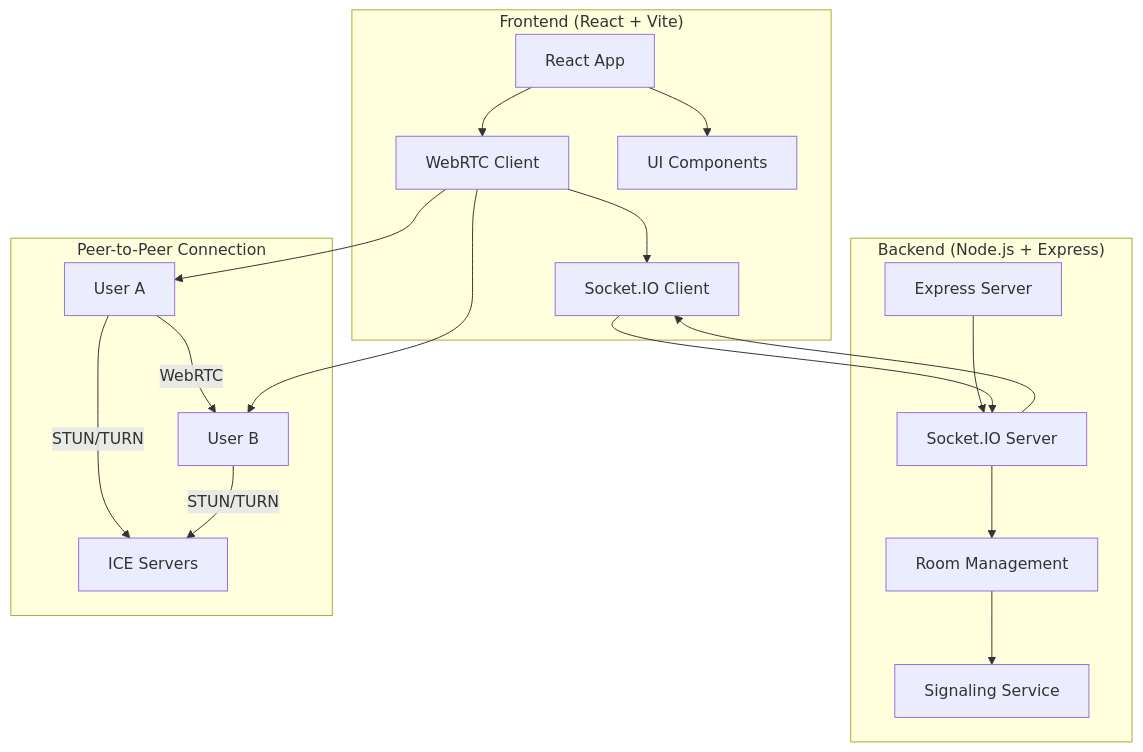
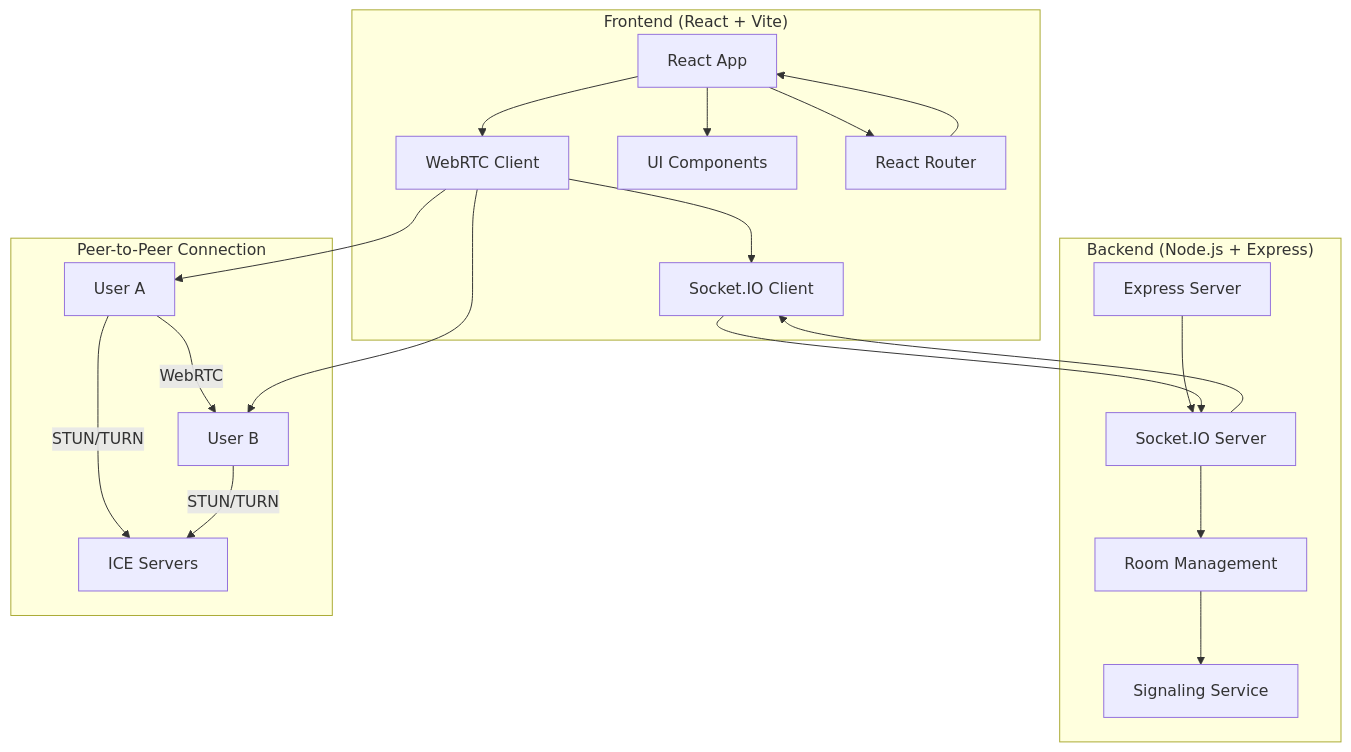
Before and after one commit to AbhigyanRaj/Vok.Chat: the first of 4 diagrams in README.md, drawn with Mermaid. The commit also changed other lines of this file and 10 other files, not shown here.

````diff
--- a/README.md
+++ b/README.md
@@ -50,25 +50,27 @@
 ```mermaid
 graph TB
     subgraph "Frontend (React + Vite)"
         A[React App] --> B[WebRTC Client]
         B --> C[Socket.IO Client]
         A --> D[UI Components]
+        A --> E[React Router]
     end
     
     subgraph "Backend (Node.js + Express)"
-        E[Express Server] --> F[Socket.IO Server]
-        F --> G[Room Management]
-        G --> H[Signaling Service]
+        F[Express Server] --> G[Socket.IO Server]
+        G --> H[Room Management]
+        H --> I[Signaling Service]
     end
     
     subgraph "Peer-to-Peer Connection"
-        I[User A] -->|WebRTC| J[User B]
-        I -->|STUN/TURN| K[ICE Servers]
-        J -->|STUN/TURN| K
+        J[User A] -->|WebRTC| K[User B]
+        J -->|STUN/TURN| L[ICE Servers]
+        K -->|STUN/TURN| L
     end
     
-    C --> F
-    F --> C
-    B --> I
+    C --> G
+    G --> C
     B --> J
+    B --> K
+    E --> A
 ```
````
